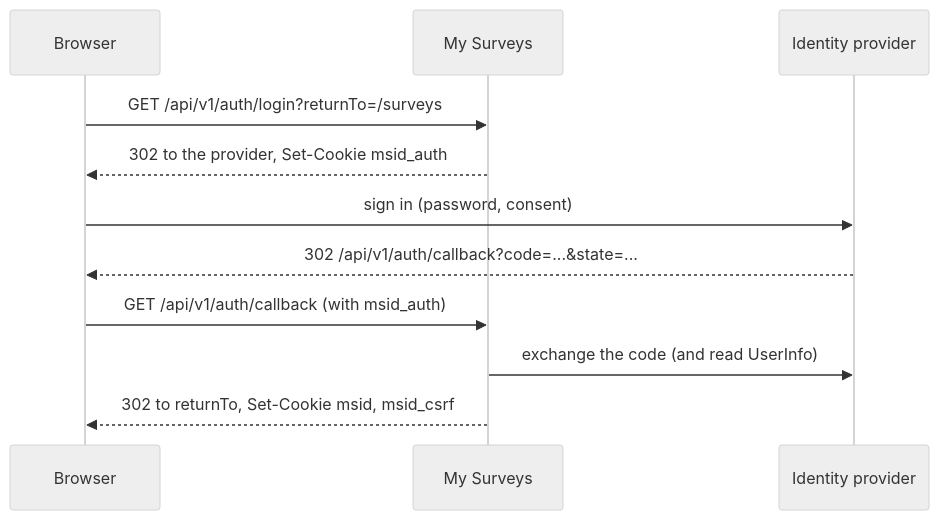
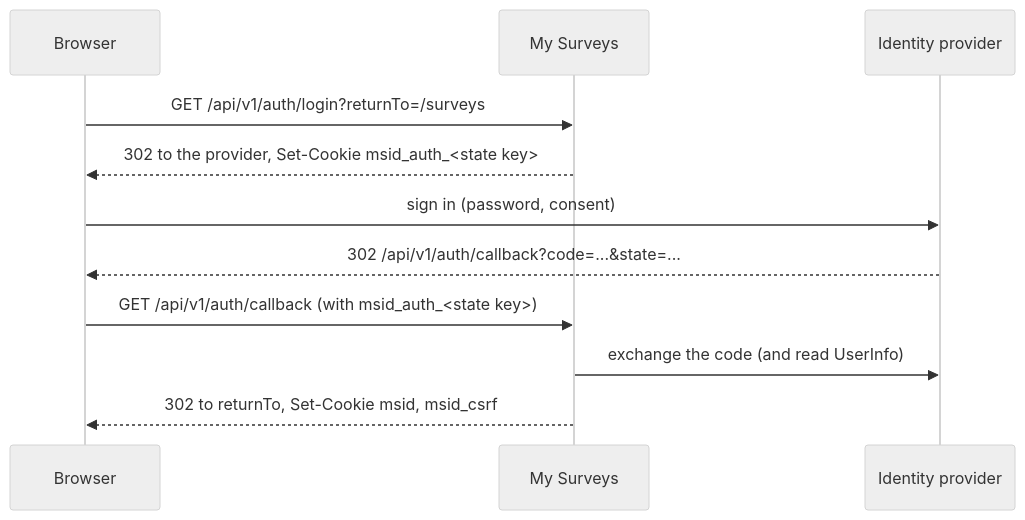
The diagram in docs/api/authentication.md (surveyjs/surveyjs-studio), drawn with Mermaid (neutral theme) before and after one commit. The commit also changed other lines of this file and 8 other files, not shown here.

````diff
--- a/docs/api/authentication.md
+++ b/docs/api/authentication.md
@@ -21,13 +21,13 @@
 ```mermaid
 sequenceDiagram
   participant B as Browser
   participant S as My Surveys
   participant I as Identity provider
   B->>S: GET /api/v1/auth/login?returnTo=/surveys
-  S-->>B: 302 to the provider, Set-Cookie msid_auth
+  S-->>B: 302 to the provider, Set-Cookie msid_auth_<state key>
   B->>I: sign in (password, consent)
   I-->>B: 302 /api/v1/auth/callback?code=...&state=...
-  B->>S: GET /api/v1/auth/callback (with msid_auth)
+  B->>S: GET /api/v1/auth/callback (with msid_auth_<state key>)
   S->>I: exchange the code (and read UserInfo)
   S-->>B: 302 to returnTo, Set-Cookie msid, msid_csrf
 ```
````
